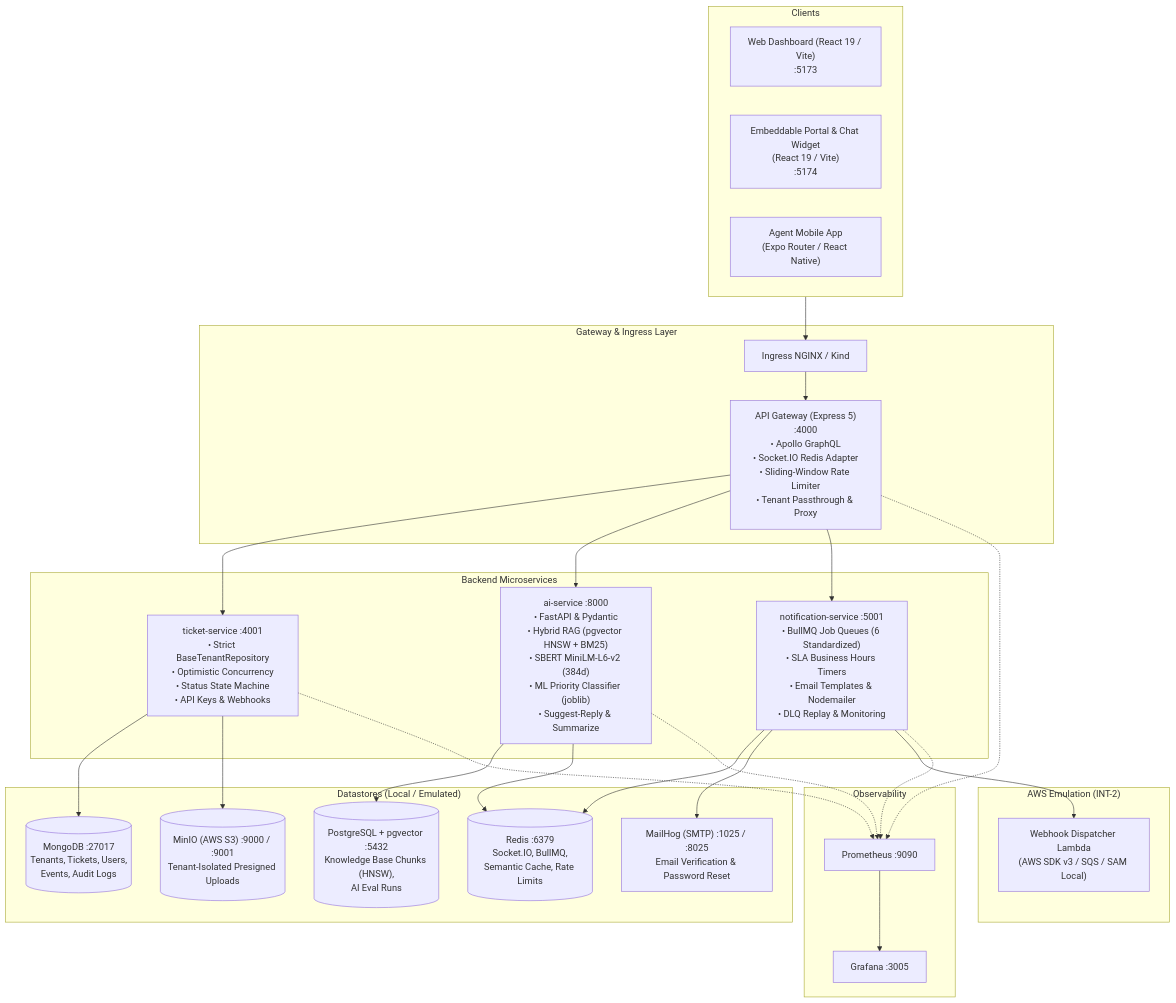
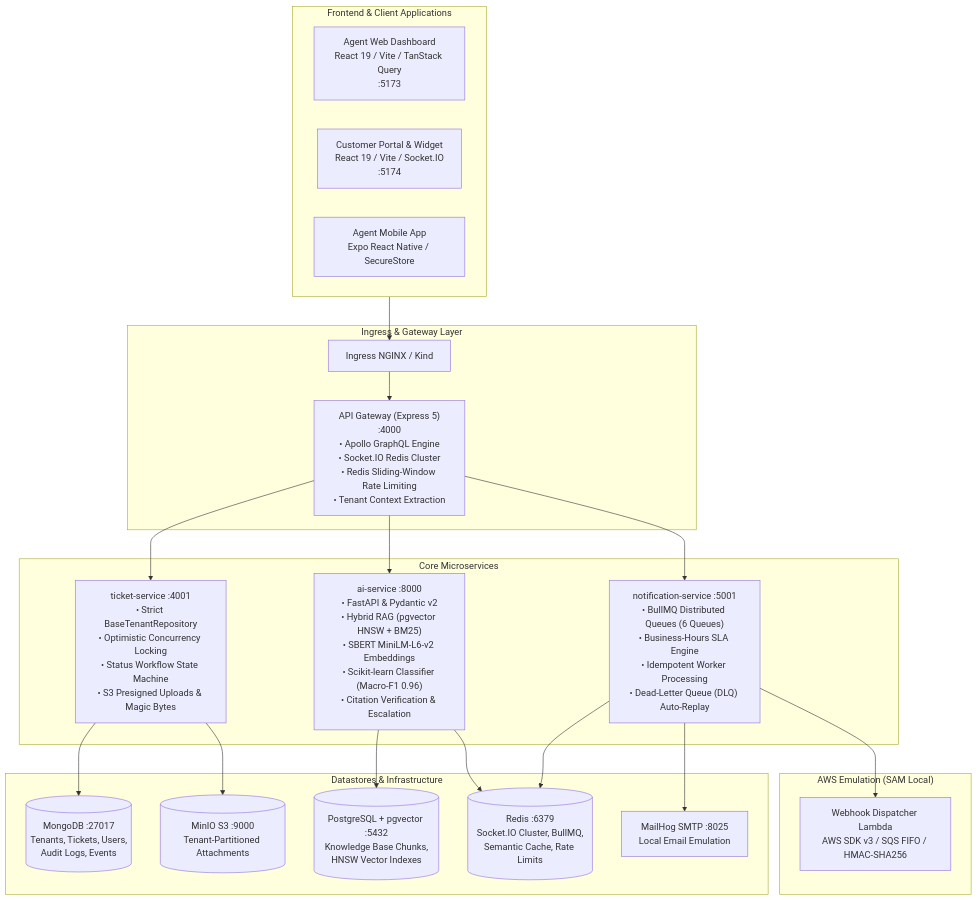
The diagram in README.md (Vrund-11/ai_support_system), drawn with Mermaid before and after one commit. The commit also changed other lines of this file, not shown here.

````diff
--- a/README.md
+++ b/README.md
@@ -18,55 +218,44 @@
 ```mermaid
 flowchart TD
-    subgraph Clients["Clients"]
-        Web["Web Dashboard (React 19 / Vite)<br/>:5173"]
-        Widget["Embeddable Portal & Chat Widget<br/>(React 19 / Vite)<br/>:5174"]
-        Mobile["Agent Mobile App<br/>(Expo Router / React Native)"]
+    subgraph Clients["Frontend & Client Applications"]
+        Web["Agent Web Dashboard<br/>React 19 / Vite / TanStack Query<br/>:5173"]
+        Widget["Customer Portal & Widget<br/>React 19 / Vite / Socket.IO<br/>:5174"]
+        Mobile["Agent Mobile App<br/>Expo React Native / SecureStore"]
     end
 
-    subgraph Edge["Gateway & Ingress Layer"]
+    subgraph GatewayLayer["Ingress & Gateway Layer"]
         Ingress["Ingress NGINX / Kind"]
-        Gateway["API Gateway (Express 5)<br/>:4000<br/>• Apollo GraphQL<br/>• Socket.IO Redis Adapter<br/>• Sliding-Window Rate Limiter<br/>• Tenant Passthrough & Proxy"]
+        Gateway["API Gateway (Express 5)<br/>:4000<br/>• Apollo GraphQL Engine<br/>• Socket.IO Redis Cluster<br/>• Redis Sliding-Window Rate Limiting<br/>• Tenant Context Extraction"]
     end
 
-    subgraph Microservices["Backend Microservices"]
-        TicketService["ticket-service :4001<br/>• Strict BaseTenantRepository<br/>• Optimistic Concurrency<br/>• Status State Machine<br/>• API Keys & Webhooks"]
-        AIService["ai-service :8000<br/>• FastAPI & Pydantic<br/>• Hybrid RAG (pgvector HNSW + BM25)<br/>• SBERT MiniLM-L6-v2 (384d)<br/>• ML Priority Classifier (joblib)<br/>• Suggest-Reply & Summarize"]
-        NotifService["notification-service :5001<br/>• BullMQ Job Queues (6 Standardized)<br/>• SLA Business Hours Timers<br/>• Email Templates & Nodemailer<br/>• DLQ Replay & Monitoring"]
+    subgraph Services["Core Microservices"]
+        TicketService["ticket-service :4001<br/>• Strict BaseTenantRepository<br/>• Optimistic Concurrency Locking<br/>• Status Workflow State Machine<br/>• S3 Presigned Uploads & Magic Bytes"]
+        AIService["ai-service :8000<br/>• FastAPI & Pydantic v2<br/>• Hybrid RAG (pgvector HNSW + BM25)<br/>• SBERT MiniLM-L6-v2 Embeddings<br/>• Scikit-learn Classifier (Macro-F1 0.96)<br/>• Citation Verification & Escalation"]
+        NotifService["notification-service :5001<br/>• BullMQ Distributed Queues (6 Queues)<br/>• Business-Hours SLA Engine<br/>• Idempotent Worker Processing<br/>• Dead-Letter Queue (DLQ) Auto-Replay"]
     end
 
-    subgraph Datastores["Datastores (Local / Emulated)"]
-        Mongo[("MongoDB :27017<br/>Tenants, Tickets, Users,<br/>Events, Audit Logs")]
-        Postgres[("PostgreSQL + pgvector :5432<br/>Knowledge Base Chunks (HNSW),<br/>AI Eval Runs")]
-        Redis[("Redis :6379<br/>Socket.IO, BullMQ,<br/>Semantic Cache, Rate Limits")]
-        MinIO[("MinIO (AWS S3) :9000 / :9001<br/>Tenant-Isolated Presigned Uploads")]
-        MailHog["MailHog (SMTP) :1025 / :8025<br/>Email Verification & Password Reset"]
+    subgraph Datastores["Datastores & Infrastructure"]
+        Mongo[("MongoDB :27017<br/>Tenants, Tickets, Users,<br/>Audit Logs, Events")]
+        Postgres[("PostgreSQL + pgvector :5432<br/>Knowledge Base Chunks,<br/>HNSW Vector Indexes")]
+        Redis[("Redis :6379<br/>Socket.IO Cluster, BullMQ,<br/>Semantic Cache, Rate Limits")]
+        MinIO[("MinIO S3 :9000<br/>Tenant-Partitioned Attachments")]
+        MailHog["MailHog SMTP :8025<br/>Local Email Emulation"]
     end
 
-    subgraph Serverless["AWS Emulation (INT-2)"]
-        Lambda["Webhook Dispatcher Lambda<br/>(AWS SDK v3 / SQS / SAM Local)"]
-    end
-
-    subgraph Observability["Observability"]
-        Prometheus["Prometheus :9090"]
-        Grafana["Grafana :3005"]
+    subgraph Serverless["AWS Emulation (SAM Local)"]
+        Lambda["Webhook Dispatcher Lambda<br/>AWS SDK v3 / SQS FIFO / HMAC-SHA256"]
     end
 
     Clients --> Ingress --> Gateway
     Gateway --> TicketService
     Gateway --> AIService
     Gateway --> NotifService
 
     TicketService --> Mongo
     TicketService --> MinIO
     AIService --> Postgres
     AIService --> Redis
     NotifService --> Redis
     NotifService --> MailHog
     NotifService --> Lambda
-
-    Gateway -.-> Prometheus
-    TicketService -.-> Prometheus
-    AIService -.-> Prometheus
-    NotifService -.-> Prometheus
-    Prometheus --> Grafana
 ```
````
